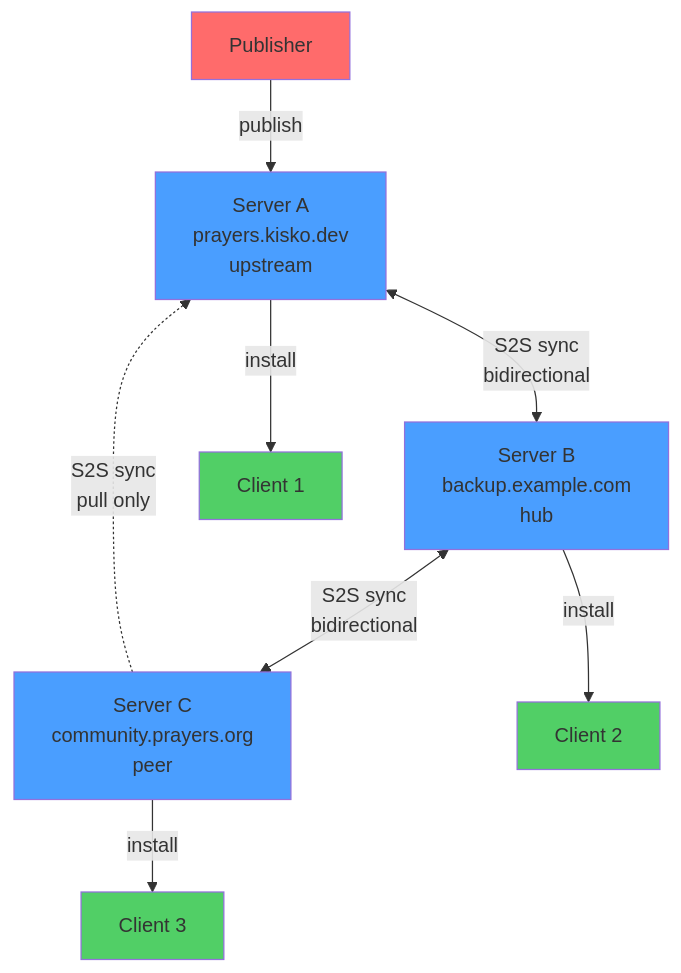
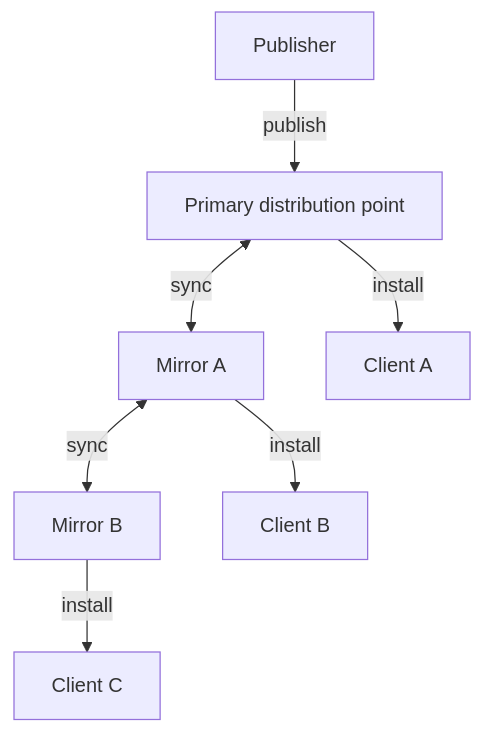
Before and after one commit to kiskolabs/pray: the second of 4 diagrams in docs/distribution-architecture.md, drawn with Mermaid. The commit also changed other lines of this file and 5 other files, not shown here.

````diff
--- a/docs/distribution-architecture.md
+++ b/docs/distribution-architecture.md
@@ -38,30 +33,18 @@
 ```mermaid
 graph TD
-    ServerA[Server A<br/>prayers.kisko.dev<br/>upstream]
-    ServerB[Server B<br/>backup.example.com<br/>hub]
-    ServerC[Server C<br/>community.prayers.org<br/>peer]
-    
-    Client1[Client 1]
-    Client2[Client 2]
-    Client3[Client 3]
-    
+    Primary[Primary distribution point]
+    MirrorA[Mirror A]
+    MirrorB[Mirror B]
     Publisher[Publisher]
-    
-    Publisher -->|publish| ServerA
-    
-    ServerA <-->|S2S sync<br/>bidirectional| ServerB
-    ServerB <-->|S2S sync<br/>bidirectional| ServerC
-    ServerC -.->|S2S sync<br/>pull only| ServerA
-    
-    ServerA -->|install| Client1
-    ServerB -->|install| Client2
-    ServerC -->|install| Client3
-    
-    style ServerA fill:#4a9eff
-    style ServerB fill:#4a9eff
-    style ServerC fill:#4a9eff
-    style Publisher fill:#ff6b6b
-    style Client1 fill:#51cf66
-    style Client2 fill:#51cf66
-    style Client3 fill:#51cf66
+    Client1[Client A]
+    Client2[Client B]
+    Client3[Client C]
+
+    Publisher -->|publish| Primary
+    Primary <-->|sync| MirrorA
+    MirrorA <-->|sync| MirrorB
+
+    Primary -->|install| Client1
+    MirrorA -->|install| Client2
+    MirrorB -->|install| Client3
 ```
````
